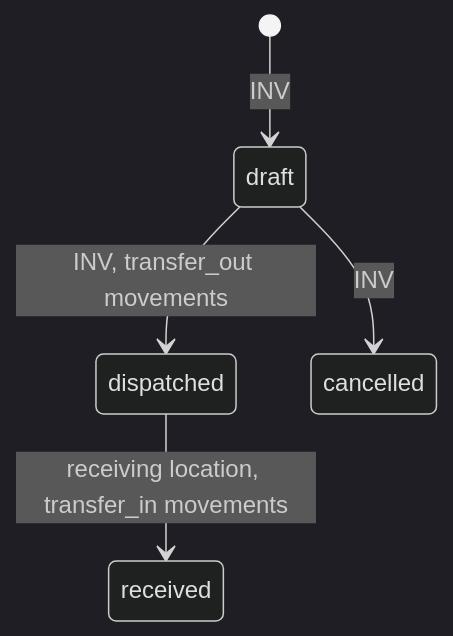
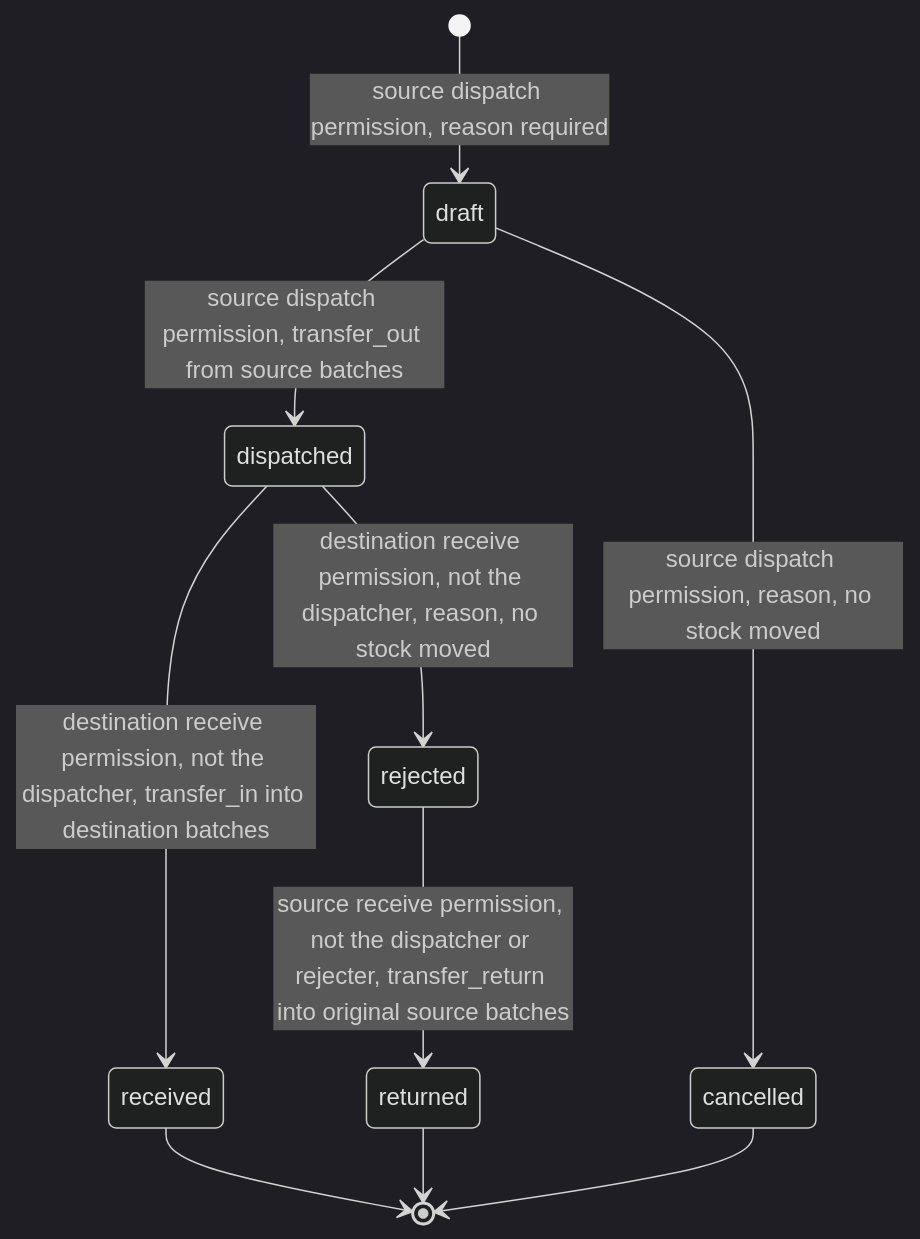
One commit to sairakshith2004/hospital-management-system changed the fifth of 10 diagrams in docs/state-machines.md. Above: the diagram before and after it, drawn with Mermaid (dark theme). The commit also changed other lines of this file and 9 other files, not shown here.

````diff
--- a/docs/state-machines.md
+++ b/docs/state-machines.md
@@ -84,7 +84,12 @@
 ```mermaid
 stateDiagram-v2
-  [*] --> draft: INV
-  draft --> dispatched: INV, transfer_out movements
-  draft --> cancelled: INV
-  dispatched --> received: receiving location, transfer_in movements
+  [*] --> draft: source dispatch permission, reason required
+  draft --> cancelled: source dispatch permission, reason, no stock moved
+  draft --> dispatched: source dispatch permission, transfer_out from source batches
+  dispatched --> received: destination receive permission, not the dispatcher, transfer_in into destination batches
+  dispatched --> rejected: destination receive permission, not the dispatcher, reason, no stock moved
+  rejected --> returned: source receive permission, not the dispatcher or rejecter, transfer_return into original source batches
+  received --> [*]
+  returned --> [*]
+  cancelled --> [*]
 ```
````
